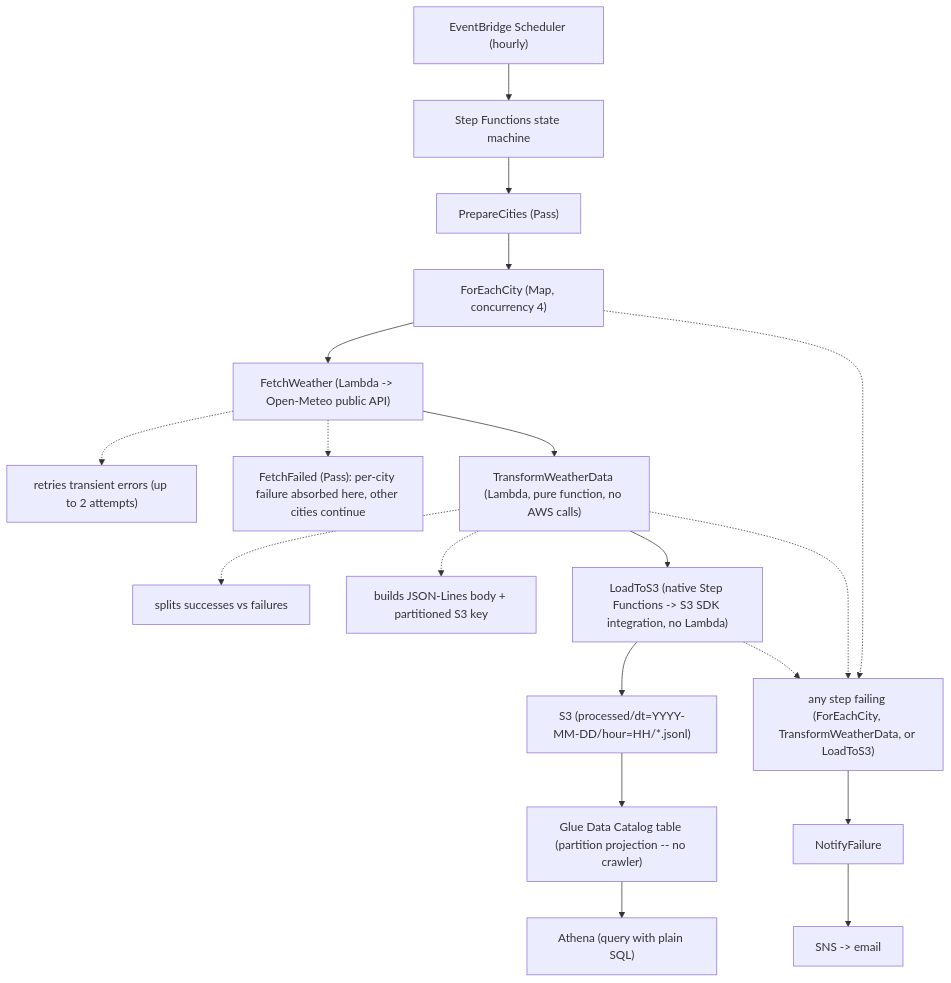
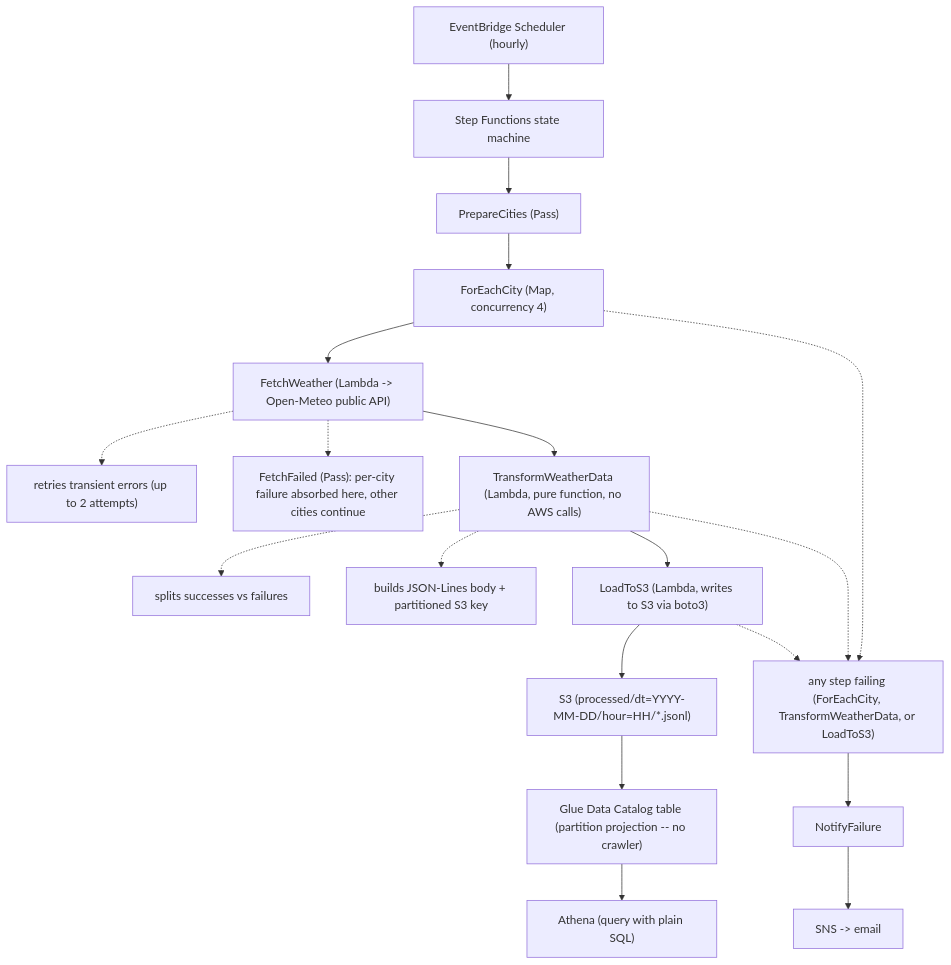
Before and after one commit to kasukur/serverless-weather-pipeline: the diagram in README.md, drawn with Mermaid. The commit also changed other lines of this file and 5 other files, not shown here.

````diff
--- a/README.md
+++ b/README.md
@@ -8,21 +8,21 @@
 ```mermaid
 flowchart TD
     A["EventBridge Scheduler (hourly)"] --> B["Step Functions state machine"]
     B --> C["PrepareCities (Pass)"]
     C --> D["ForEachCity (Map, concurrency 4)"]
     D --> E["FetchWeather (Lambda -> Open-Meteo public API)"]
     E -.-> F["retries transient errors (up to 2 attempts)"]
     E -.-> G["FetchFailed (Pass): per-city failure absorbed here, other cities continue"]
     E --> H["TransformWeatherData (Lambda, pure function, no AWS calls)"]
     H -.-> I["splits successes vs failures"]
     H -.-> J["builds JSON-Lines body + partitioned S3 key"]
-    H --> K["LoadToS3 (native Step Functions -> S3 SDK integration, no Lambda)"]
+    H --> K["LoadToS3 (Lambda, writes to S3 via boto3)"]
     K --> L["S3 (processed/dt=YYYY-MM-DD/hour=HH/*.jsonl)"]
     L --> M["Glue Data Catalog table (partition projection -- no crawler)"]
     M --> N["Athena (query with plain SQL)"]
     D -.-> O["any step failing (ForEachCity, TransformWeatherData, or LoadToS3)"]
     H -.-> O
     K -.-> O
     O --> P["NotifyFailure"]
     P --> Q["SNS -> email"]
 ```
````
